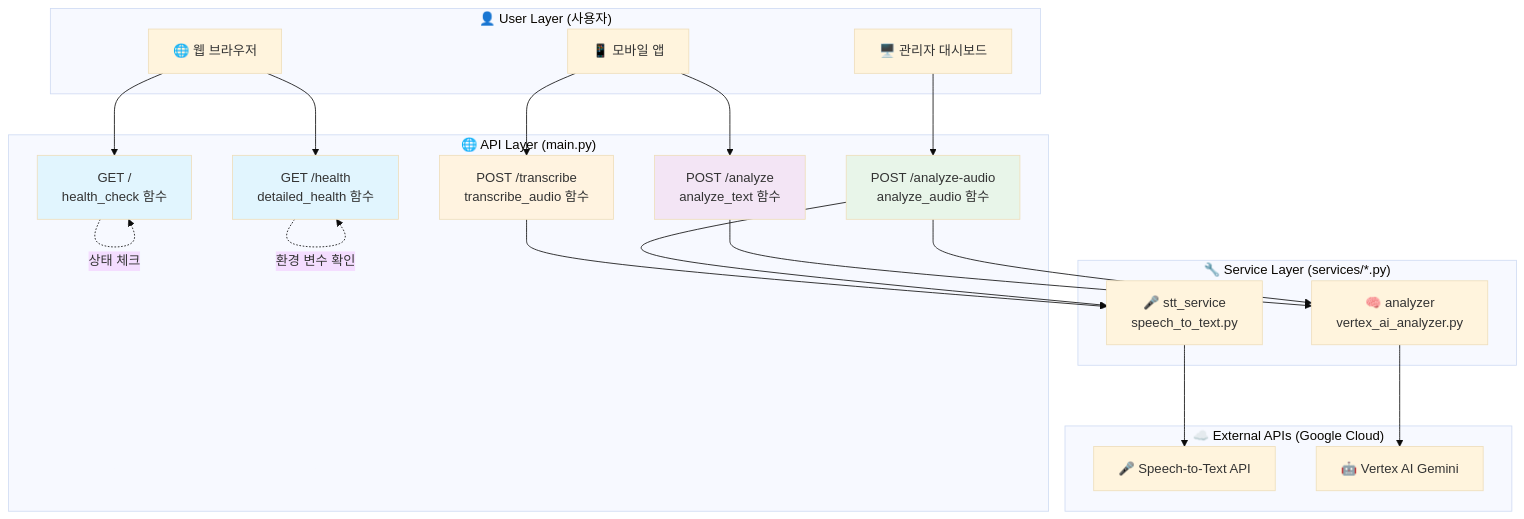
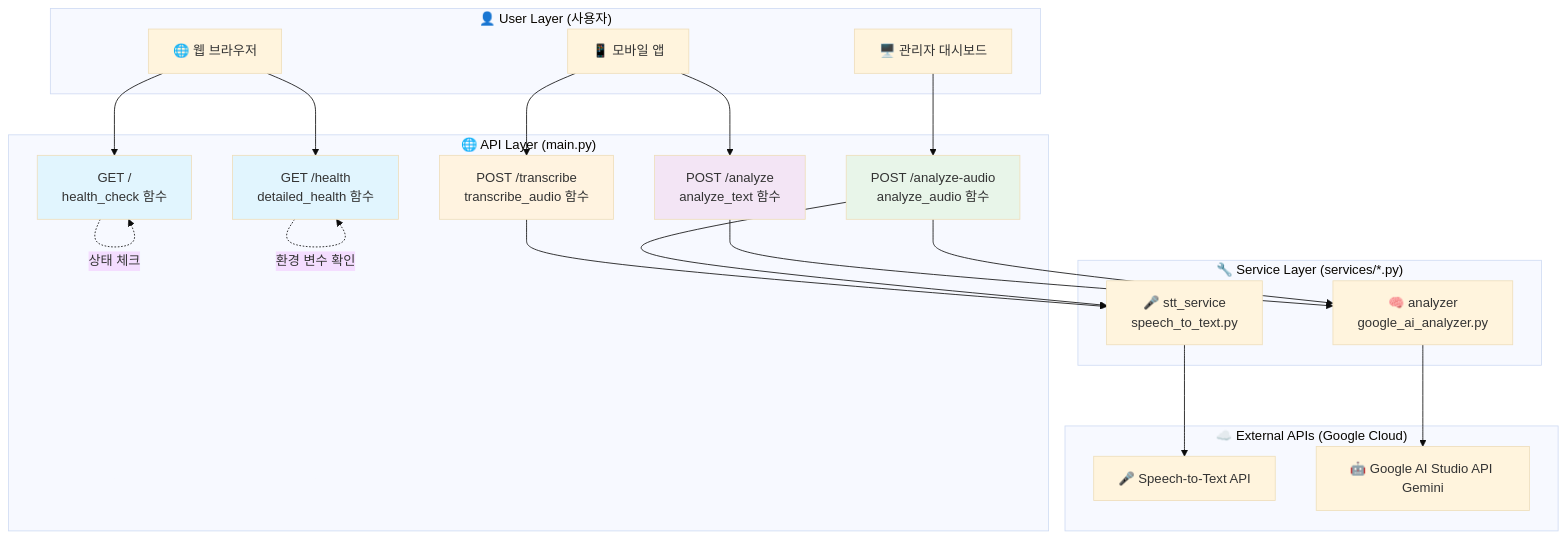
Before and after one commit to lmmj1221/senior_mhealth_lecture: diagram 54 of 54 in docs/backend.md, drawn with Mermaid (base theme). The commit also changed other lines of this file and 7 other files, not shown here.

First line of the commit message:
docs: Update references from Vertex AI to Google AI Studio API

````diff
--- a/docs/backend.md
+++ b/docs/backend.md
@@ -4542,48 +4542,48 @@
 ```mermaid
 graph TB
     subgraph "👤 User Layer (사용자)"
         U1[🌐 웹 브라우저]
         U2[📱 모바일 앱]
         U3[🖥️ 관리자 대시보드]
     end
 
     subgraph "🌐 API Layer (main.py)"
         E1[GET /<br/>health_check 함수]
         E2[GET /health<br/>detailed_health 함수]
         E3[POST /analyze<br/>analyze_text 함수]
         E4[POST /transcribe<br/>transcribe_audio 함수]
         E5[POST /analyze-audio<br/>analyze_audio 함수]
     end
 
     subgraph "🔧 Service Layer (services/*.py)"
         S1[🎤 stt_service<br/>speech_to_text.py]
-        S2[🧠 analyzer<br/>vertex_ai_analyzer.py]
+        S2[🧠 analyzer<br/>google_ai_analyzer.py]
     end
 
     subgraph "☁️ External APIs (Google Cloud)"
         G1[🎤 Speech-to-Text API]
-        G2[🤖 Vertex AI Gemini]
+        G2[🤖 Google AI Studio API Gemini]
     end
 
     U1 --> E1
     U1 --> E2
     U2 --> E3
     U2 --> E4
     U3 --> E5
 
     E1 -.->|상태 체크| E1
     E2 -.->|환경 변수 확인| E2
     E3 --> S2
     E4 --> S1
     E5 --> S1
     E5 --> S2
 
     S1 --> G1
     S2 --> G2
 
     style E1 fill:#e1f5fe
     style E2 fill:#e1f5fe
     style E3 fill:#f3e5f5
     style E4 fill:#fff3e0
     style E5 fill:#e8f5e9
 ```
````
